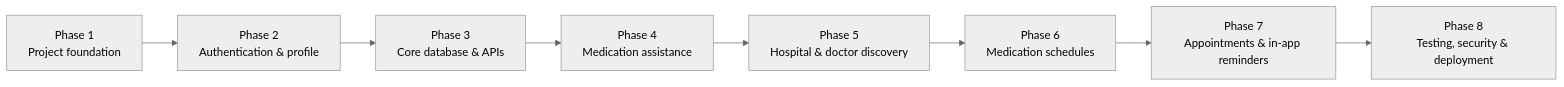
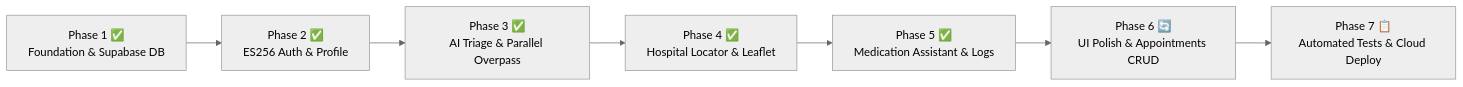
Diagram 11 of 11 in README.md (rishavscripts/MediConnect), drawn with Mermaid (neutral theme) before and after one commit. The commit also changed other lines of this file, not shown here.

````diff
--- a/README.md
+++ b/README.md
@@ -988,10 +634,9 @@
-``` mermaid
+```mermaid
 flowchart LR
-    P1["Phase 1<br/>Project foundation"] --> P2["Phase 2<br/>Authentication & profile"]
-    P2 --> P3["Phase 3<br/>Core database & APIs"]
-    P3 --> P4["Phase 4<br/>Medication assistance"]
-    P4 --> P5["Phase 5<br/>Hospital & doctor discovery"]
-    P5 --> P6["Phase 6<br/>Medication schedules"]
-    P6 --> P7["Phase 7<br/>Appointments & in-app reminders"]
-    P7 --> P8["Phase 8<br/>Testing, security & deployment"]
+    P1["Phase 1 ✅<br/>Foundation & Supabase DB"] --> P2["Phase 2 ✅<br/>ES256 Auth & Profile"]
+    P2 --> P3["Phase 3 ✅<br/>AI Triage & Parallel Overpass"]
+    P3 --> P4["Phase 4 ✅<br/>Hospital Locator & Leaflet"]
+    P4 --> P5["Phase 5 ✅<br/>Medication Assistant & Logs"]
+    P5 --> P6["Phase 6 🔄<br/>UI Polish & Appointments CRUD"]
+    P6 --> P7["Phase 7 📋<br/>Automated Tests & Cloud Deploy"]
 ```
````
